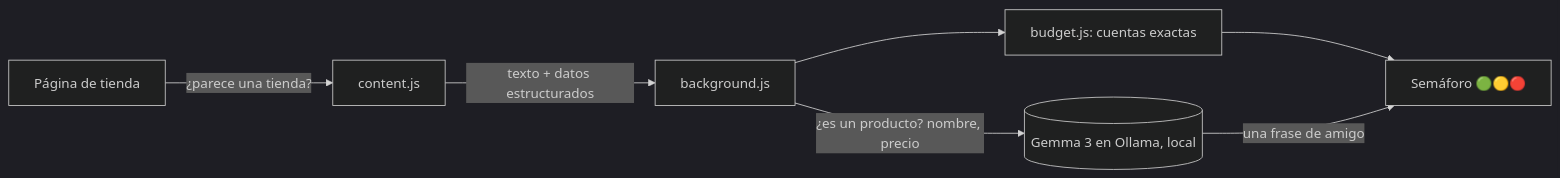
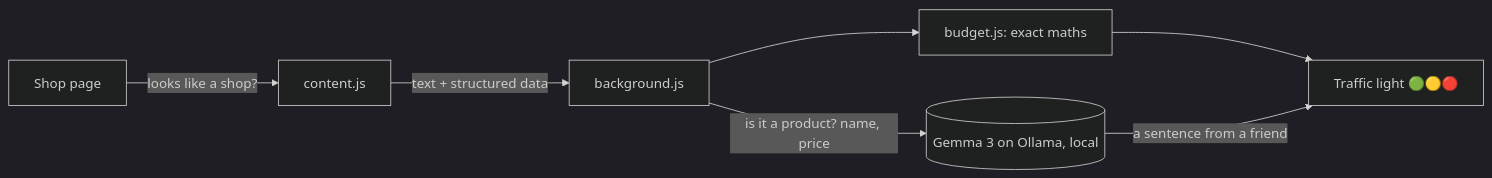
Before and after one commit to Virien84/Should-I-Buy: the diagram in README.md, drawn with Mermaid (dark theme). The commit also changed other lines of this file and 5 other files, not shown here.

````diff
--- a/README.md
+++ b/README.md
@@ -18,9 +22,9 @@
 ```mermaid
 flowchart LR
-  A[Página de tienda] -->|¿parece una tienda?| B[content.js]
-  B -->|texto + datos estructurados| C[background.js]
-  C -->|¿es un producto? nombre, precio| D[(Gemma 3 en Ollama, local)]
-  C --> E[budget.js: cuentas exactas]
-  E --> F[Semáforo 🟢🟡🔴]
-  D -->|una frase de amigo| F
+  A[Shop page] -->|looks like a shop?| B[content.js]
+  B -->|text + structured data| C[background.js]
+  C -->|is it a product? name, price| D[(Gemma 3 on Ollama, local)]
+  C --> E[budget.js: exact maths]
+  E --> F[Traffic light 🟢🟡🔴]
+  D -->|a sentence from a friend| F
 ```
````
